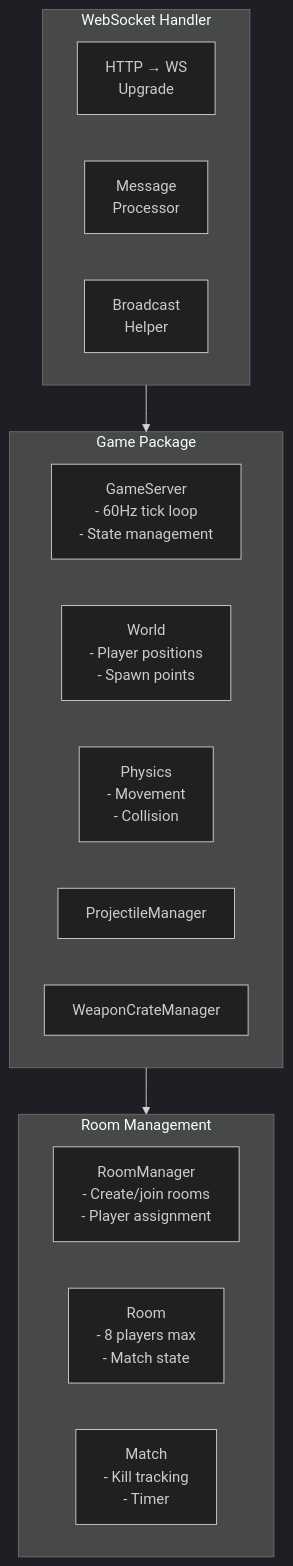
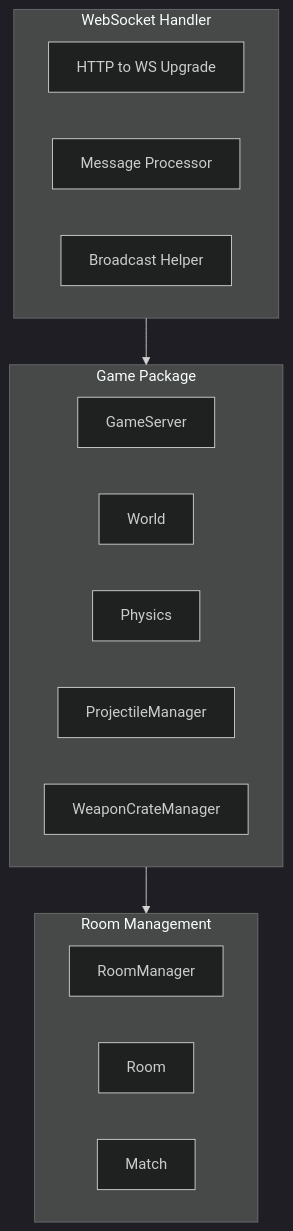
One commit to mtomcal/stick-rumble changed the sixth of 11 diagrams in docs/ARCHITECTURE.md. Above: the diagram before and after it, drawn with Mermaid (dark theme). The commit also changed other lines of this file and 2 other files, not shown here.

First line of the commit message:
docs: Fix Mermaid diagrams for GitHub rendering

````diff
--- a/docs/ARCHITECTURE.md
+++ b/docs/ARCHITECTURE.md
@@ -152,25 +152,25 @@
 ```mermaid
 flowchart TB
     subgraph Handler["WebSocket Handler"]
-        Upgrade["HTTP → WS\nUpgrade"]
-        MessageProcessor["Message\nProcessor"]
-        BroadcastHelper["Broadcast\nHelper"]
+        Upgrade["HTTP to WS Upgrade"]
+        MessageProcessor["Message Processor"]
+        BroadcastHelper["Broadcast Helper"]
     end
 
     subgraph Game["Game Package"]
-        GameServer["GameServer\n- 60Hz tick loop\n- State management"]
-        World["World\n- Player positions\n- Spawn points"]
-        Physics["Physics\n- Movement\n- Collision"]
+        GameServer["GameServer"]
+        World["World"]
+        Physics["Physics"]
         ProjectileManager_S["ProjectileManager"]
         WeaponCrateManager_S["WeaponCrateManager"]
     end
 
     subgraph Rooms["Room Management"]
-        RoomManager["RoomManager\n- Create/join rooms\n- Player assignment"]
-        Room["Room\n- 8 players max\n- Match state"]
-        Match["Match\n- Kill tracking\n- Timer"]
+        RoomManager["RoomManager"]
+        Room["Room"]
+        Match["Match"]
     end
 
     Handler --> Game
     Game --> Rooms
 ```
````
